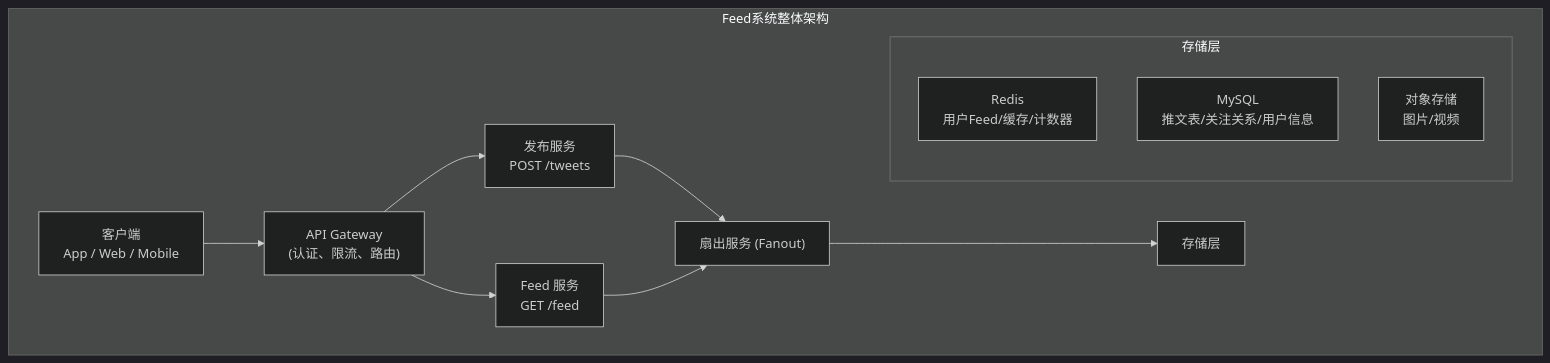
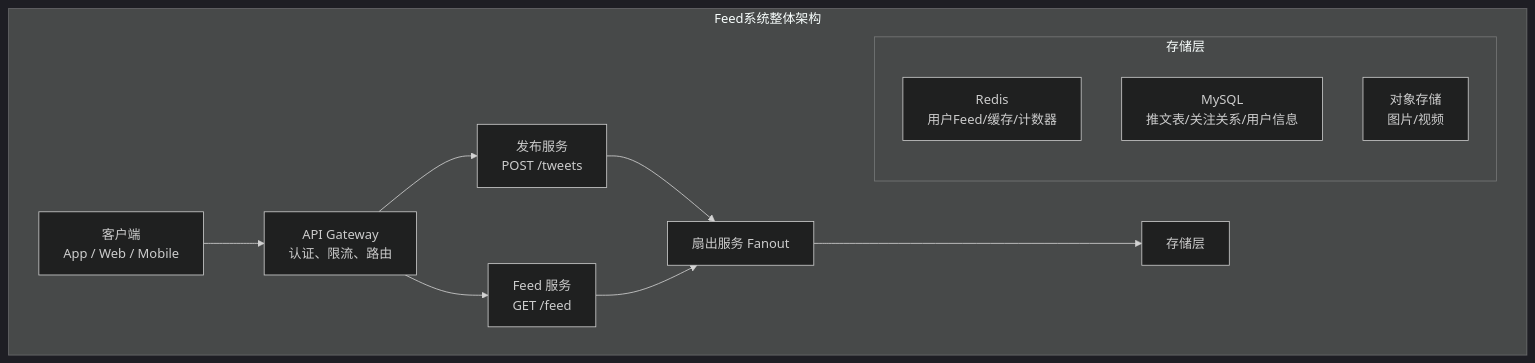
One commit to jpixy/jpixy.github.io changed the first of 6 diagrams in content/articles/system-design/sd-11-新闻Feed系统设计.md. Above: the diagram before and after it, drawn with Mermaid (dark theme). The commit also changed other lines of this file and 66 other files, not shown here.

Commit message:
fix: resolve Mermaid syntax errors by removing parentheses in node labels

````diff
--- a/content/articles/system-design/sd-11-新闻Feed系统设计.md
+++ b/content/articles/system-design/sd-11-新闻Feed系统设计.md
@@ -79,17 +79,17 @@
 ```mermaid
 graph TB
     subgraph Feed系统整体架构
-        Client["客户端<br/>App / Web / Mobile"] --> Gateway["API Gateway<br/>(认证、限流、路由)"]
+        Client["客户端<br/>App / Web / Mobile"] --> Gateway["API Gateway<br/>认证、限流、路由"]
         Gateway --> Publish["发布服务<br/>POST /tweets"]
         Gateway --> Feed["Feed 服务<br/>GET /feed"]
-        Publish --> Fanout["扇出服务 (Fanout)"]
+        Publish --> Fanout["扇出服务 Fanout"]
         Feed --> Fanout
         Fanout --> Storage["存储层"]
         
         subgraph 存储层
             Redis["Redis<br/>用户Feed/缓存/计数器"]
             MySQL["MySQL<br/>推文表/关注关系/用户信息"]
             ObjectStore["对象存储<br/>图片/视频"]
         end
     end
 ```
````
